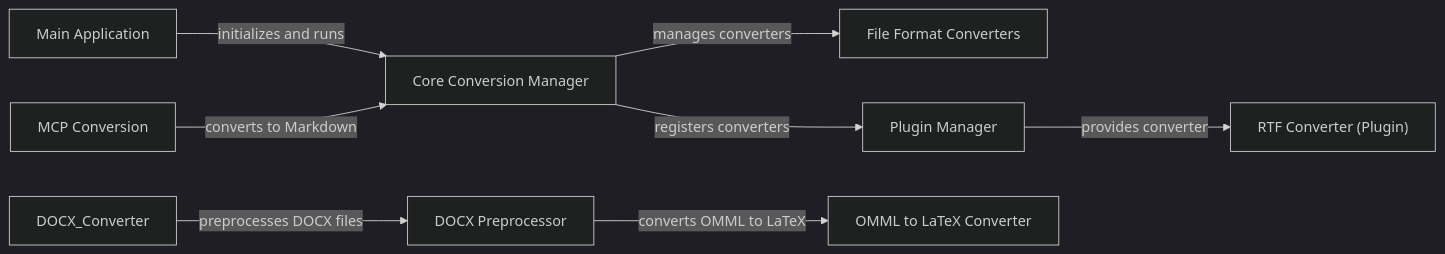
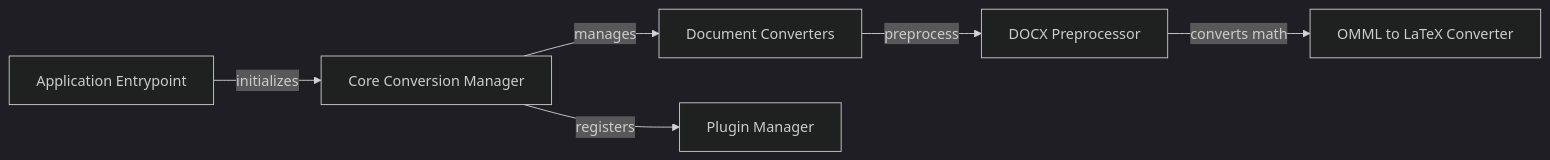
The diagram in markitdown/on_boarding.md (CodeBoarding/GeneratedOnBoardings), drawn with Mermaid (dark theme) before and after one commit. The commit also changed other lines of this file and 10 other files, not shown here.

````diff
--- a/markitdown/on_boarding.md
+++ b/markitdown/on_boarding.md
@@ -1,26 +1,20 @@
 ```mermaid
 graph LR
     Core_Conversion_Manager["Core Conversion Manager"]
-    File_Format_Converters["File Format Converters"]
-    Main_Application["Main Application"]
+    Document_Converters["Document Converters"]
     DOCX_Preprocessor["DOCX Preprocessor"]
     OMML_to_LaTeX_Converter["OMML to LaTeX Converter"]
     Plugin_Manager["Plugin Manager"]
-    RTF_Converter_Plugin_["RTF Converter (Plugin)"]
-    MCP_Conversion["MCP Conversion"]
-    Core_Conversion_Manager -- "manages converters" --> File_Format_Converters
-    Main_Application -- "initializes and runs" --> Core_Conversion_Manager
-    DOCX_Converter -- "preprocesses DOCX files" --> DOCX_Preprocessor
-    DOCX_Preprocessor -- "converts OMML to LaTeX" --> OMML_to_LaTeX_Converter
-    Core_Conversion_Manager -- "registers converters" --> Plugin_Manager
-    Plugin_Manager -- "provides converter" --> RTF_Converter_Plugin_
-    MCP_Conversion -- "converts to Markdown" --> Core_Conversion_Manager
+    Application_Entrypoint["Application Entrypoint"]
+    Core_Conversion_Manager -- "manages" --> Document_Converters
+    Document_Converters -- "preprocess" --> DOCX_Preprocessor
+    DOCX_Preprocessor -- "converts math" --> OMML_to_LaTeX_Converter
+    Core_Conversion_Manager -- "registers" --> Plugin_Manager
+    Application_Entrypoint -- "initializes" --> Core_Conversion_Manager
     click Core_Conversion_Manager href "https://github.com/CodeBoarding/GeneratedOnBoardings/blob/main/markitdown/Core Conversion Manager.md" "Details"
-    click File_Format_Converters href "https://github.com/CodeBoarding/GeneratedOnBoardings/blob/main/markitdown/File Format Converters.md" "Details"
-    click Main_Application href "https://github.com/CodeBoarding/GeneratedOnBoardings/blob/main/markitdown/Main Application.md" "Details"
+    click Document_Converters href "https://github.com/CodeBoarding/GeneratedOnBoardings/blob/main/markitdown/Document Converters.md" "Details"
     click DOCX_Preprocessor href "https://github.com/CodeBoarding/GeneratedOnBoardings/blob/main/markitdown/DOCX Preprocessor.md" "Details"
     click OMML_to_LaTeX_Converter href "https://github.com/CodeBoarding/GeneratedOnBoardings/blob/main/markitdown/OMML to LaTeX Converter.md" "Details"
     click Plugin_Manager href "https://github.com/CodeBoarding/GeneratedOnBoardings/blob/main/markitdown/Plugin Manager.md" "Details"
-    click RTF_Converter_Plugin_ href "https://github.com/CodeBoarding/GeneratedOnBoardings/blob/main/markitdown/RTF Converter (Plugin).md" "Details"
-    click MCP_Conversion href "https://github.com/CodeBoarding/GeneratedOnBoardings/blob/main/markitdown/MCP Conversion.md" "Details"
+    click Application_Entrypoint href "https://github.com/CodeBoarding/GeneratedOnBoardings/blob/main/markitdown/Application Entrypoint.md" "Details"
 ```
````
